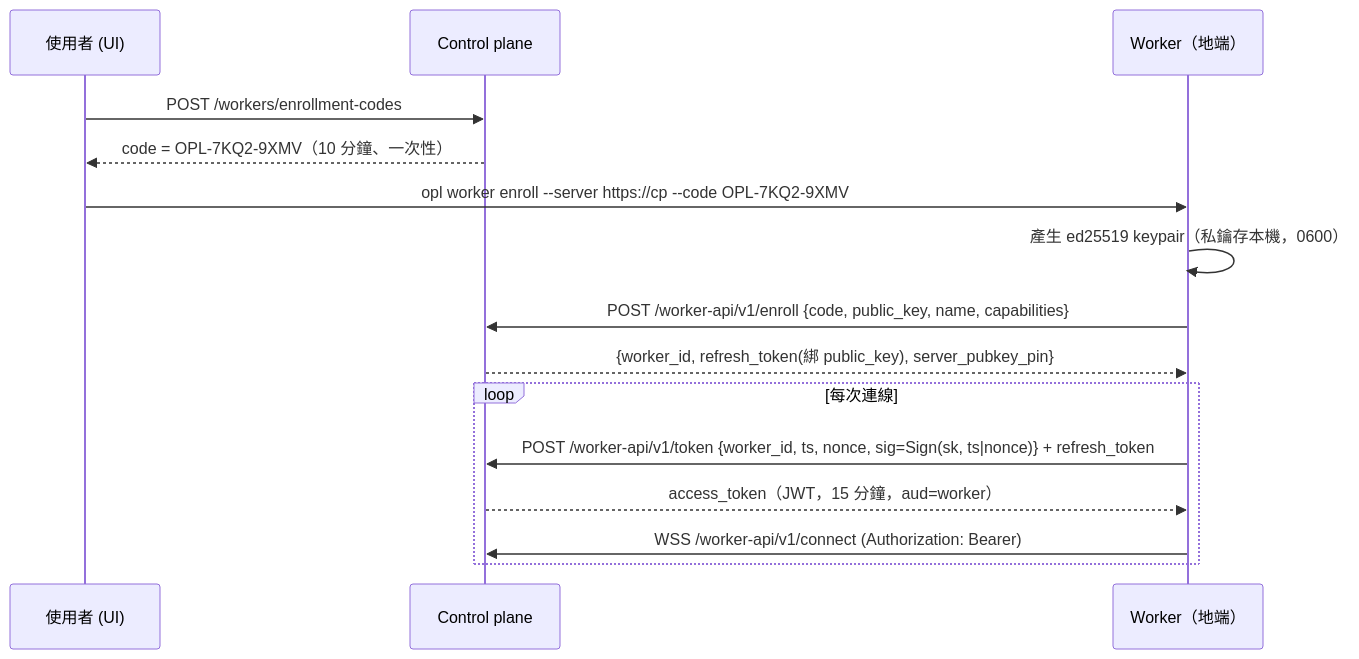
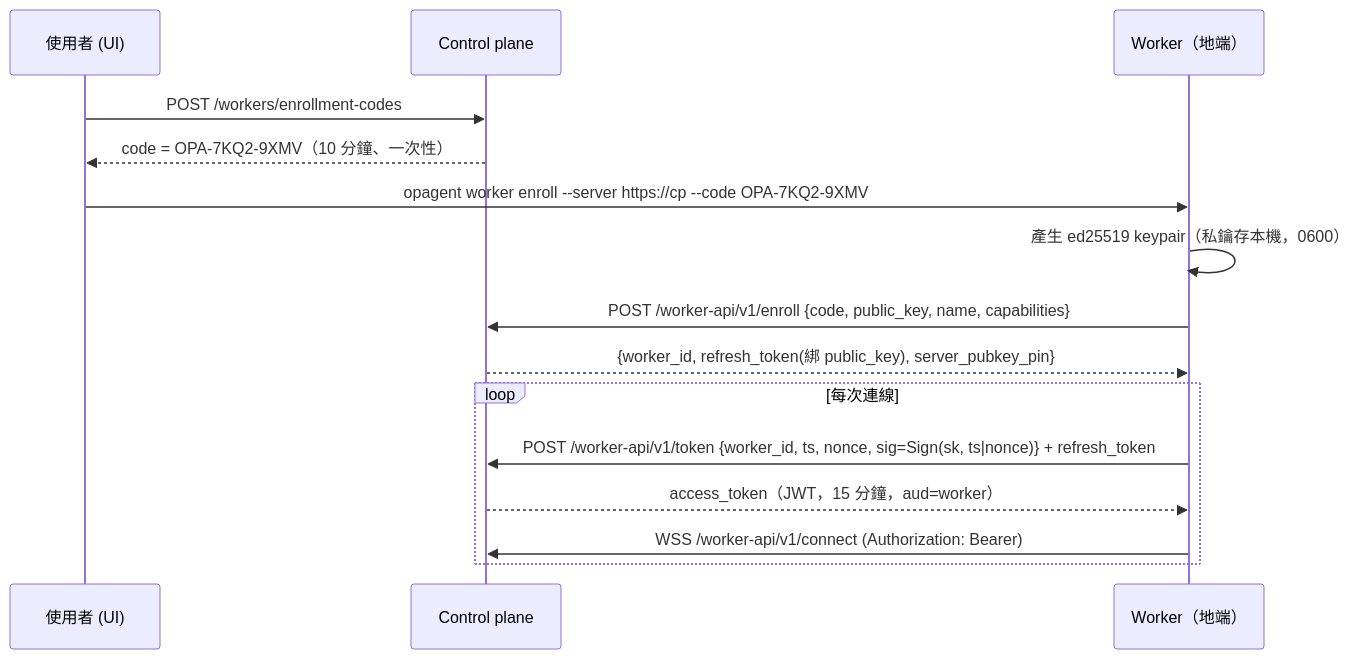
Before and after one commit to romanticamaj/openphotoagent: the sixth of 6 diagrams in docs/02-system-architecture.md, drawn with Mermaid. The commit also changed other lines of this file and 13 other files, not shown here.

First line of the commit message:
docs: feature coverage review; reconcile specs, roadmap, CLI name opagent

````diff
--- a/docs/02-system-architecture.md
+++ b/docs/02-system-architecture.md
@@ -463,17 +469,17 @@
 ```mermaid
 sequenceDiagram
   participant U as 使用者 (UI)
   participant CP as Control plane
   participant W as Worker（地端）
   U->>CP: POST /workers/enrollment-codes
-  CP-->>U: code = OPL-7KQ2-9XMV（10 分鐘、一次性）
-  U->>W: opl worker enroll --server https://cp --code OPL-7KQ2-9XMV
+  CP-->>U: code = OPA-7KQ2-9XMV（10 分鐘、一次性）
+  U->>W: opagent worker enroll --server https://cp --code OPA-7KQ2-9XMV
   W->>W: 產生 ed25519 keypair（私鑰存本機，0600）
   W->>CP: POST /worker-api/v1/enroll {code, public_key, name, capabilities}
   CP-->>W: {worker_id, refresh_token(綁 public_key), server_pubkey_pin}
   loop 每次連線
     W->>CP: POST /worker-api/v1/token {worker_id, ts, nonce, sig=Sign(sk, ts|nonce)} + refresh_token
     CP-->>W: access_token（JWT，15 分鐘，aud=worker）
     W->>CP: WSS /worker-api/v1/connect (Authorization: Bearer)
   end
 ```
````
